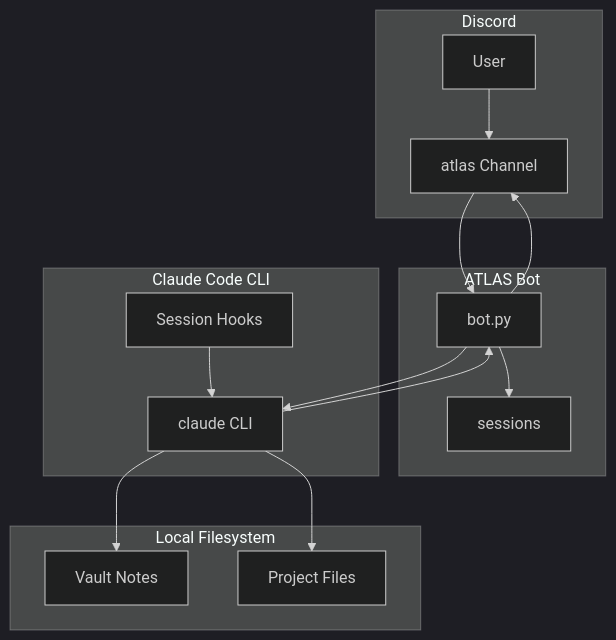
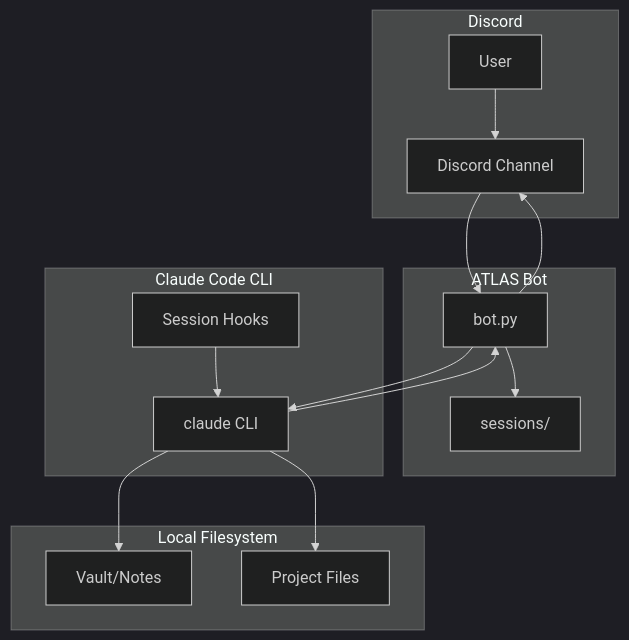
One commit to jamesmoon2/ATLAS-bot changed the first of 6 diagrams in README.md. Above: the diagram before and after it, drawn with Mermaid (dark theme). The commit also changed other lines of this file, not shown here.

First line of the commit message:
Restore detailed Mermaid diagrams

````diff
--- a/README.md
+++ b/README.md
@@ -12,32 +12,32 @@
 ```mermaid
 flowchart TB
     subgraph Discord
         User[User]
-        Channel[atlas Channel]
+        Channel[Discord Channel]
     end
 
-    subgraph ATLAS_Bot[ATLAS Bot]
+    subgraph ATLAS[ATLAS Bot]
         Bot[bot.py]
-        Sessions[sessions]
+        Sessions[sessions/]
     end
 
-    subgraph Claude_CLI[Claude Code CLI]
+    subgraph CLI[Claude Code CLI]
         Claude[claude CLI]
         Hooks[Session Hooks]
     end
 
-    subgraph Filesystem[Local Filesystem]
-        Vault[Vault Notes]
+    subgraph FS[Local Filesystem]
+        Vault[Vault/Notes]
         Files[Project Files]
     end
 
     User --> Channel
     Channel --> Bot
     Bot --> Claude
     Bot --> Sessions
     Claude --> Vault
     Claude --> Files
     Hooks --> Claude
     Claude --> Bot
     Bot --> Channel
 ```
````
